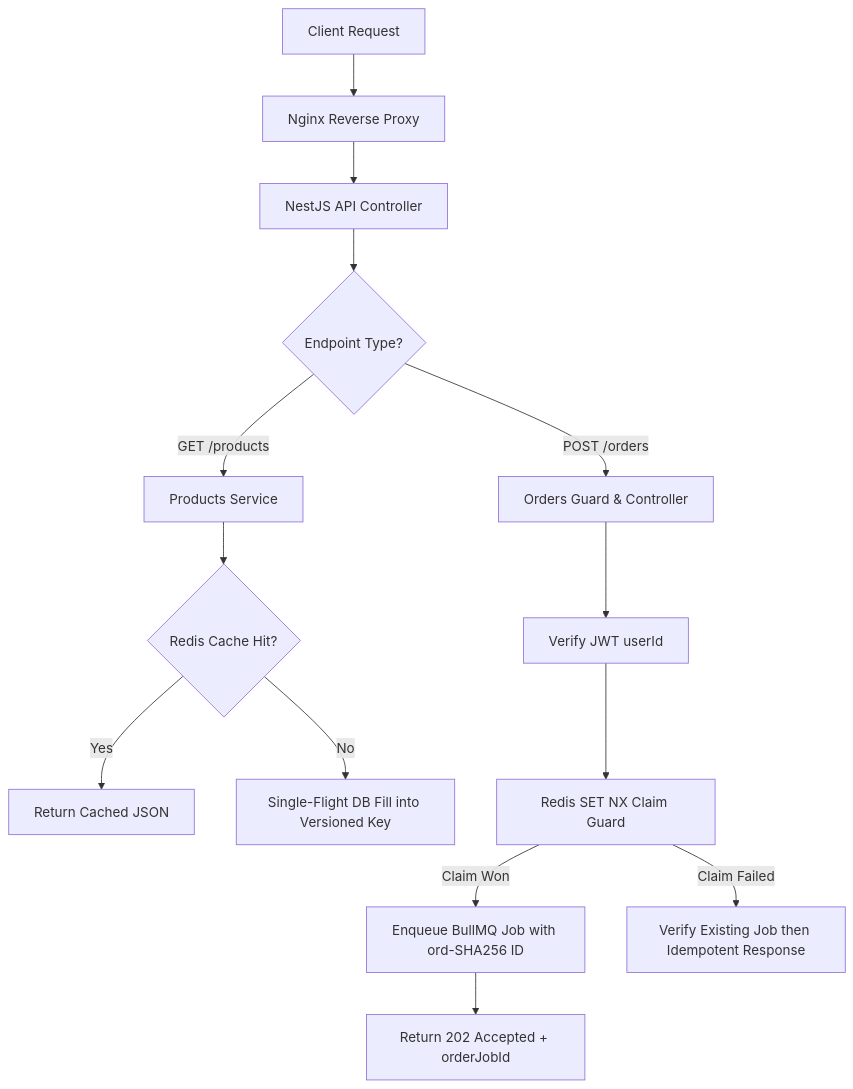
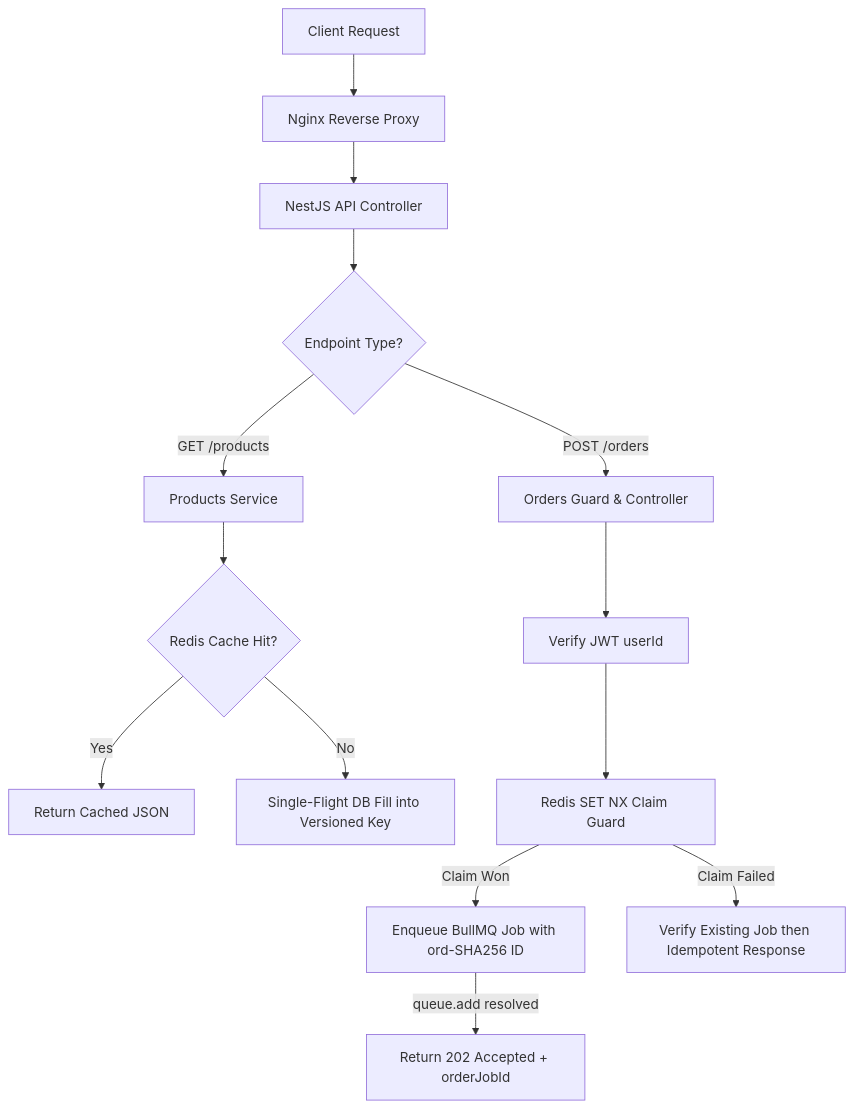
One commit to sanpipop/FlashSaleSystem changed the diagram in .agent/skills/nestjs-api-development/SKILL.md. Above: the diagram before and after it, drawn with Mermaid. The commit also changed other lines of this file and 7 other files, not shown here.

First line of the commit message:
docs: optimize order admission flow and duplicate handling

````diff
--- a/.agent/skills/nestjs-api-development/SKILL.md
+++ b/.agent/skills/nestjs-api-development/SKILL.md
@@ -84,16 +85,16 @@
 ```mermaid
 graph TD
     A[Client Request] --> B[Nginx Reverse Proxy]
     B --> C[NestJS API Controller]
     C --> D{Endpoint Type?}
     D -- GET /products --> E[Products Service]
     E --> F{Redis Cache Hit?}
     F -- Yes --> G[Return Cached JSON]
     F -- No --> H[Single-Flight DB Fill into Versioned Key]
     D -- POST /orders --> I[Orders Guard & Controller]
     I --> J[Verify JWT userId]
     J --> K[Redis SET NX Claim Guard]
     K -- Claim Won --> L[Enqueue BullMQ Job with ord-SHA256 ID]
-    L --> M[Return 202 Accepted + orderJobId]
+    L -- queue.add resolved --> M[Return 202 Accepted + orderJobId]
     K -- Claim Failed --> N[Verify Existing Job then Idempotent Response]
 ```
````
